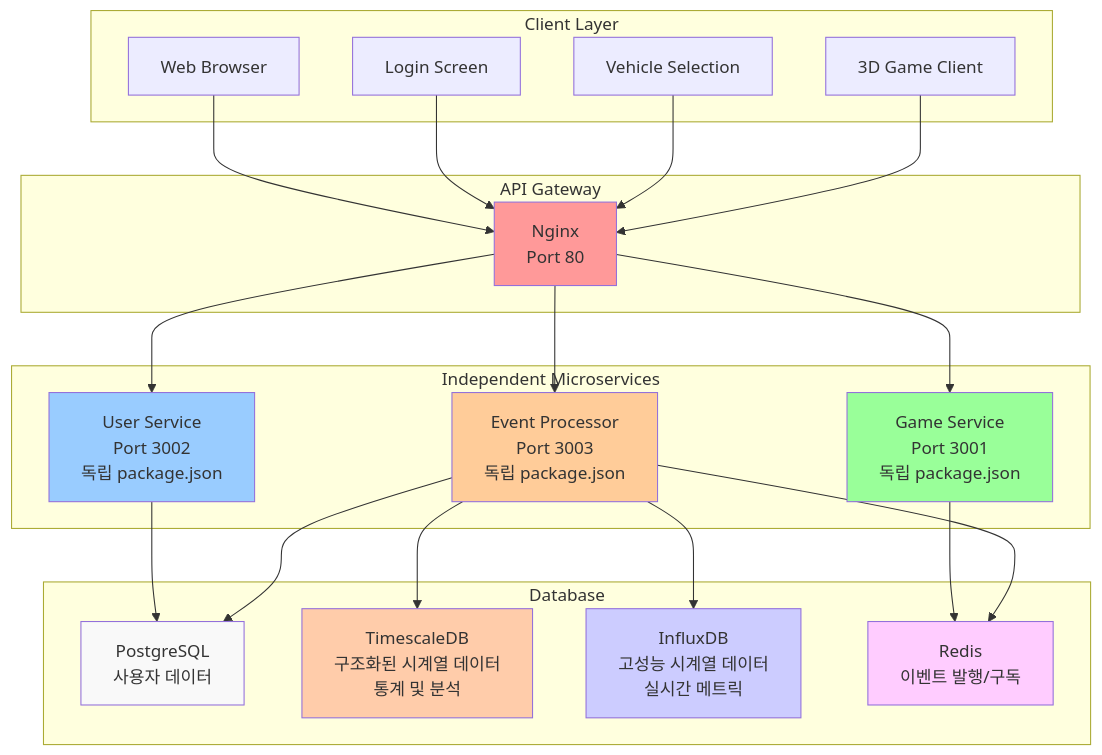
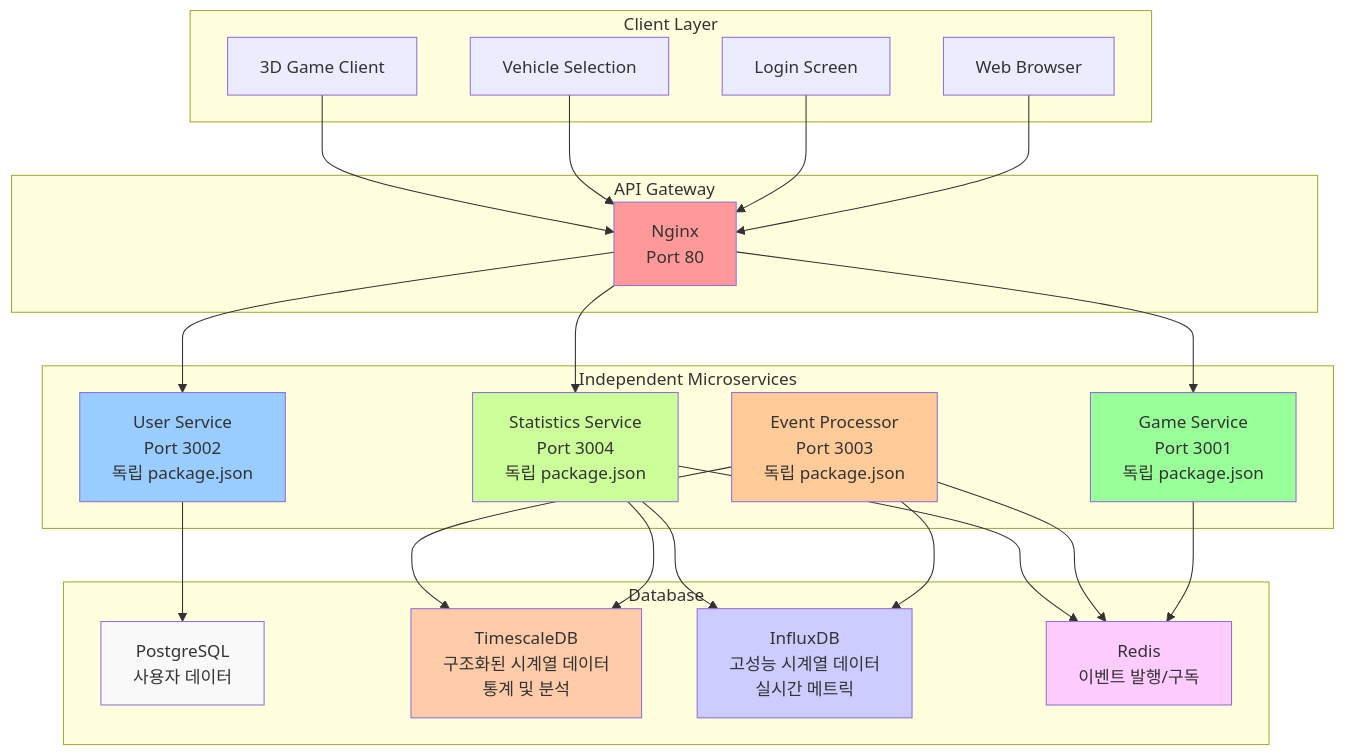
One commit to tanminkwan/test2 changed the first of 2 diagrams in README.md. Above: the diagram before and after it, drawn with Mermaid. The commit also changed other lines of this file and 1 other file, not shown here.

Commit message:
Add Statistics Service to architecture documentation and update connection flow

````diff
--- a/README.md
+++ b/README.md
@@ -13,51 +13,55 @@
 ```mermaid
 graph TB
     subgraph "Client Layer"
         A[Web Browser]
         B[Login Screen]
         C[Vehicle Selection]
         D[3D Game Client]
     end
     
     subgraph "API Gateway"
         E[Nginx<br/>Port 80]
     end
     
     subgraph "Independent Microservices"
         F[User Service<br/>Port 3002<br/>독립 package.json]
         G[Game Service<br/>Port 3001<br/>독립 package.json]
         H[Event Processor<br/>Port 3003<br/>독립 package.json]
+        S[Statistics Service<br/>Port 3004<br/>독립 package.json]
     end
     
     subgraph "Database"
         I[PostgreSQL<br/>사용자 데이터]
         T[TimescaleDB<br/>구조화된 시계열 데이터<br/>통계 및 분석]
         J[InfluxDB<br/>고성능 시계열 데이터<br/>실시간 메트릭]
         R[Redis<br/>이벤트 발행/구독]
     end
     
     A --> E
     B --> E
     C --> E
     D --> E
     
     E --> F
     E --> G
-    E --> H
+    E --> S
     
     F --> I
     G --> R
-    H --> I
+    S --> T
     H --> T
     H --> J
     H --> R
+    S --> J
+    S --> R
     
     style E fill:#ff9999
     style F fill:#99ccff
     style G fill:#99ff99
+    style S fill:#ccff99
     style H fill:#ffcc99
     style I fill:#f9f9f9
     style T fill:#ffccaa
     style J fill:#ccccff
     style R fill:#ffccff
 ```
````
